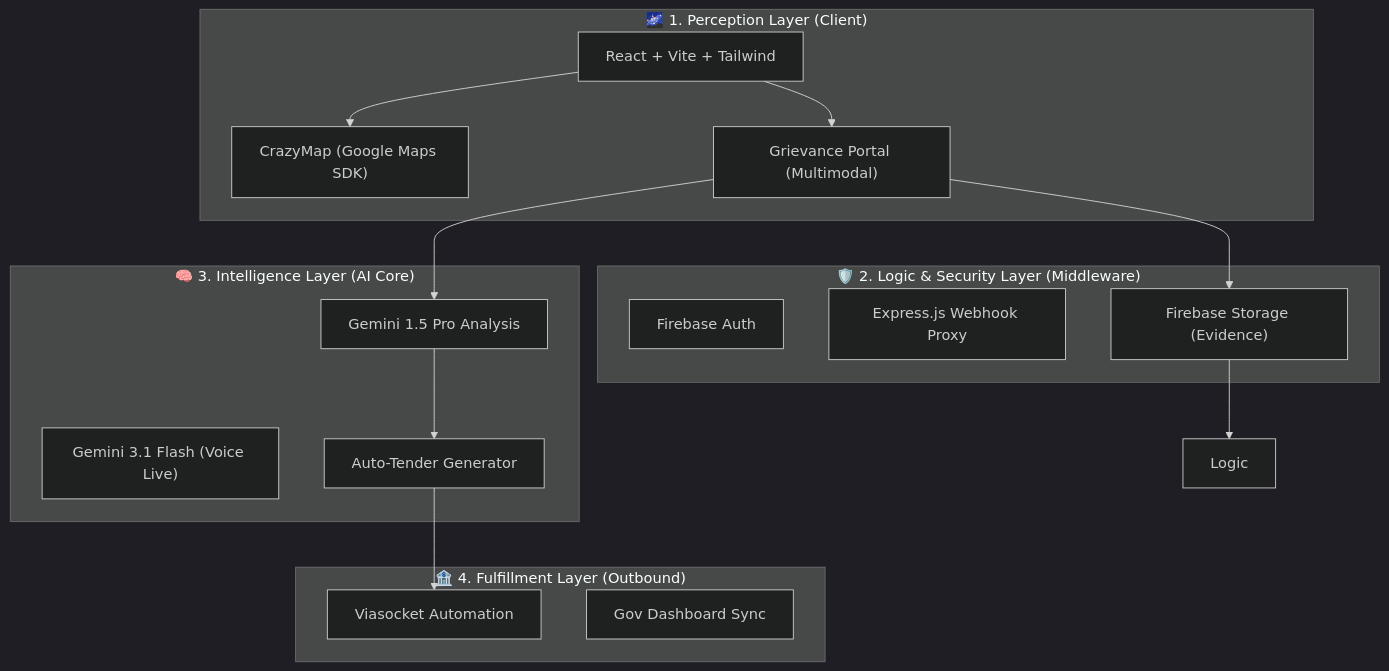
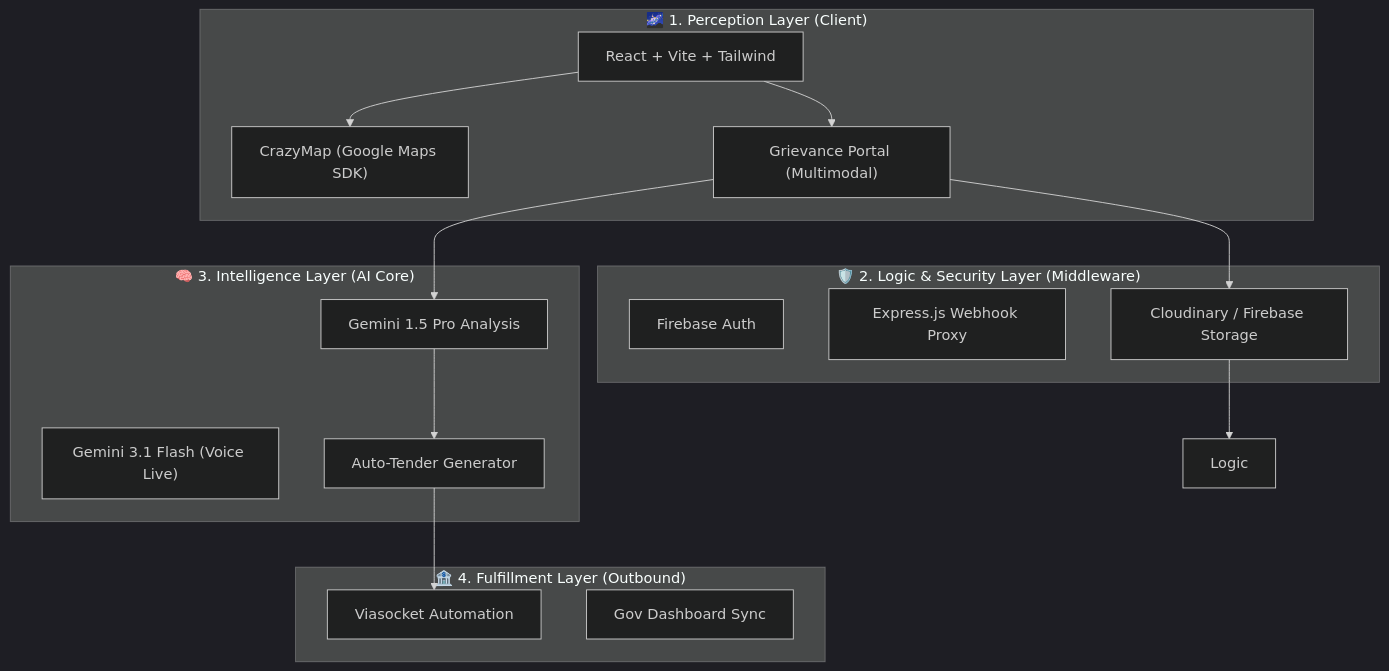
Before and after one commit to palvendrachoudhary/INFRA-AI: the diagram in README.md, drawn with Mermaid (dark theme). The commit also changed other lines of this file and 5 other files, not shown here.

````diff
--- a/README.md
+++ b/README.md
@@ -24,33 +24,33 @@
 ```mermaid
 graph TD
     subgraph "🌌 1. Perception Layer (Client)"
         UI["React + Vite + Tailwind"]
         Map["CrazyMap (Google Maps SDK)"]
         Form["Grievance Portal (Multimodal)"]
     end
 
     subgraph "🛡️ 2. Logic & Security Layer (Middleware)"
         Auth["Firebase Auth"]
         Proxy["Express.js Webhook Proxy"]
-        Storage["Firebase Storage (Evidence)"]
+        Storage["Cloudinary / Firebase Storage"]
     end
 
     subgraph "🧠 3. Intelligence Layer (AI Core)"
         Gemini["Gemini 1.5 Pro Analysis"]
         LiveAPI["Gemini 3.1 Flash (Voice Live)"]
         Tender["Auto-Tender Generator"]
     end
 
     subgraph "🏦 4. Fulfillment Layer (Outbound)"
         Viasocket["Viasocket Automation"]
         GovPortal["Gov Dashboard Sync"]
     end
 
     UI --> Form
     Form --> Storage
     Storage --> Logic
     UI --> Map
     Form --> Gemini
     Gemini --> Tender
     Tender --> Viasocket
 ```
````
